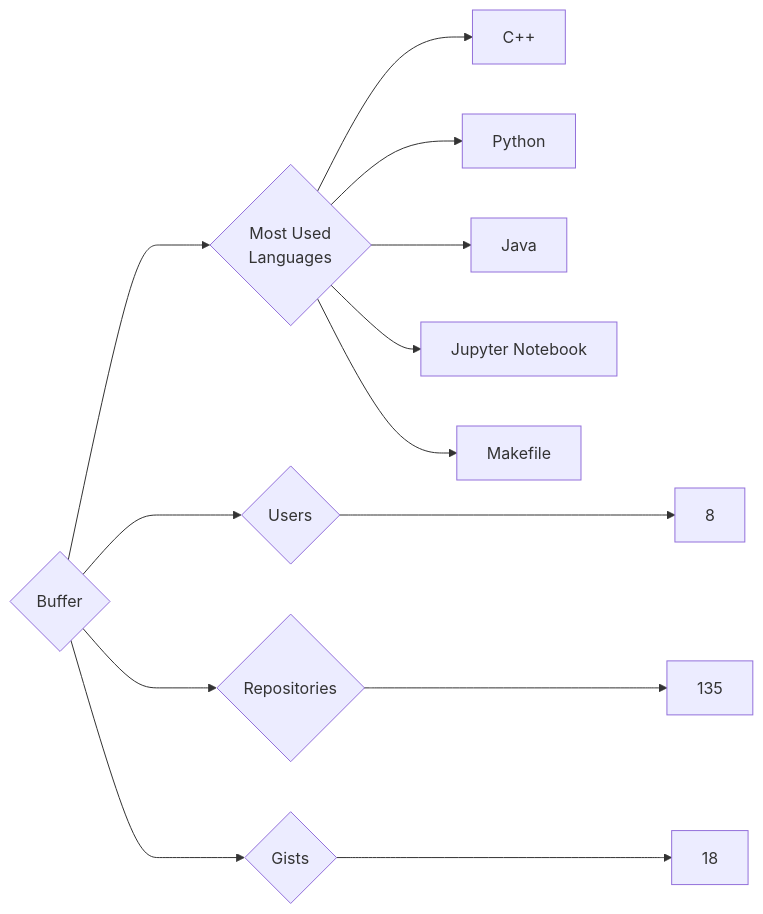
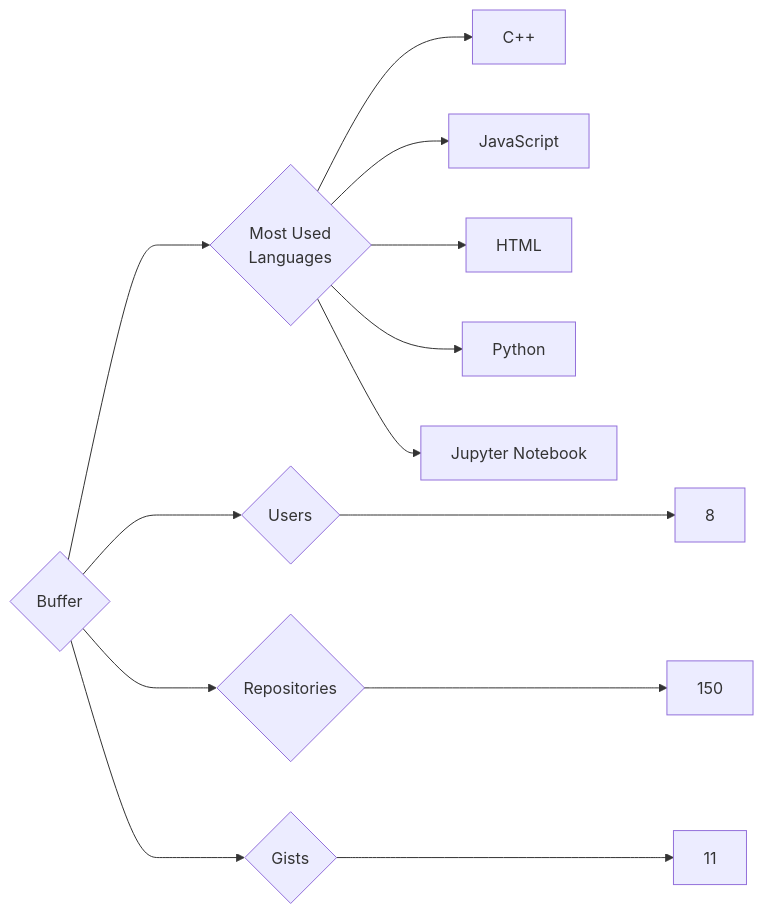
One commit to trickest/insiders changed the diagram in targets/Buffer/README.md. Above: the diagram before and after it, drawn with Mermaid. The commit also changed 872 other files, not shown here.

````diff
--- a/targets/Buffer/README.md
+++ b/targets/Buffer/README.md
@@ -3,13 +3,13 @@
 ```mermaid
 graph LR
 COMPANY_NAME{Buffer}
 COMPANY_NAME ---> U{Users} ---> UN[8]
-COMPANY_NAME ---> R{Repositories} ---> RN[135]
-COMPANY_NAME ---> G{Gists} ---> GN[18]
+COMPANY_NAME ---> R{Repositories} ---> RN[150]
+COMPANY_NAME ---> G{Gists} ---> GN[11]
 COMPANY_NAME ---> ML{Most Used<br>Languages}
 ML --> C++[C++]
+ML --> JavaScript[JavaScript]
+ML --> HTML[HTML]
 ML --> Python[Python]
-ML --> Java[Java]
 ML --> Jupyter_Notebook[Jupyter Notebook]
-ML --> Makefile[Makefile]
 ```
````
